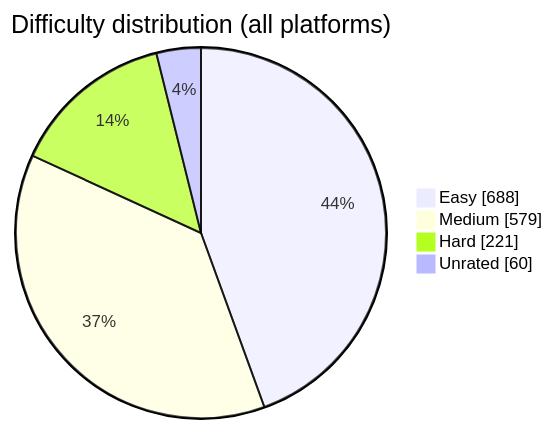
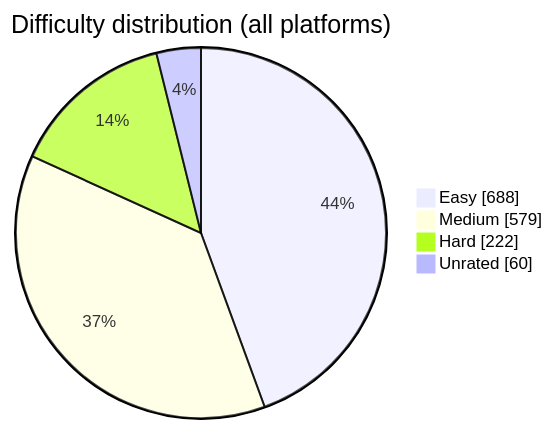
One commit to BuildbyArindam/Daily-Coding-Log changed the diagram in README.md. Above: the diagram before and after it, drawn with Mermaid. The commit also changed other lines of this file, not shown here.

````diff
--- a/README.md
+++ b/README.md
@@ -93,7 +93,7 @@
 ```mermaid
 pie showData title Difficulty distribution (all platforms)
     "Easy" : 688
     "Medium" : 579
-    "Hard" : 221
+    "Hard" : 222
     "Unrated" : 60
 ```
````
